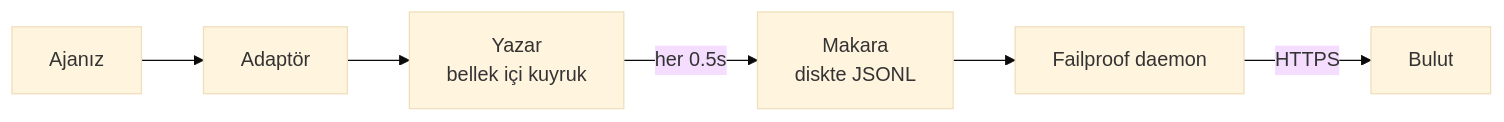
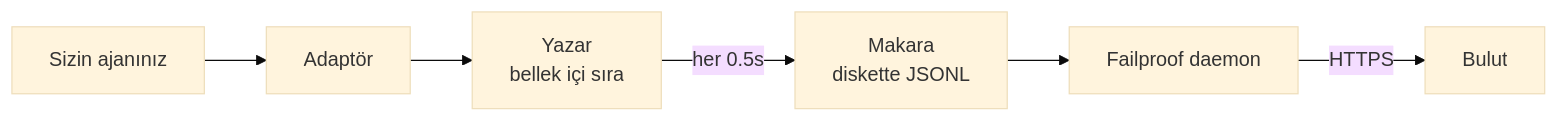
Before and after one commit to FailproofAI/failproofai: the second of 2 diagrams in docs/tr/start/integrations/custom-agents.mdx, drawn with Mermaid (base theme). The commit also changed other lines of this file and 13 other files, not shown here.

````diff
--- a/docs/tr/start/integrations/custom-agents.mdx
+++ b/docs/tr/start/integrations/custom-agents.mdx
@@ -615,8 +615,8 @@
 ```mermaid
 flowchart LR
-    A["Ajanız"] --> B["Adaptör"]
-    B --> C["Yazar<br/>bellek içi kuyruk"]
-    C -->|"her 0.5s"| D["Makara<br/>diskte JSONL"]
+    A["Sizin ajanınız"] --> B["Adaptör"]
+    B --> C["Yazar<br/>bellek içi sıra"]
+    C -->|"her 0.5s"| D["Makara<br/>diskette JSONL"]
     D --> E["Failproof daemon"]
     E -->|"HTTPS"| F["Bulut"]
 ```
````
